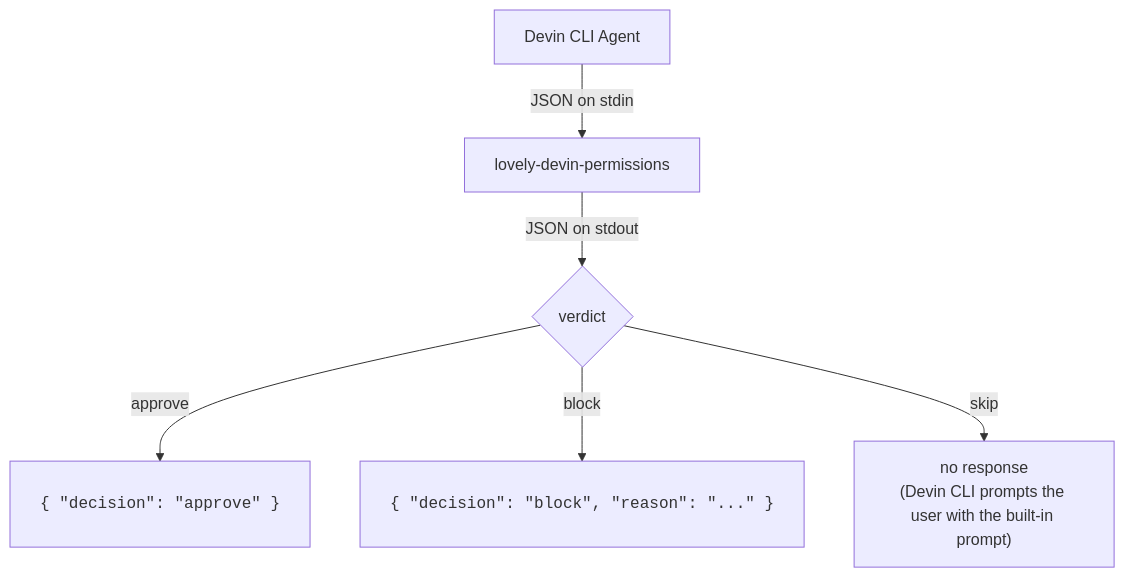
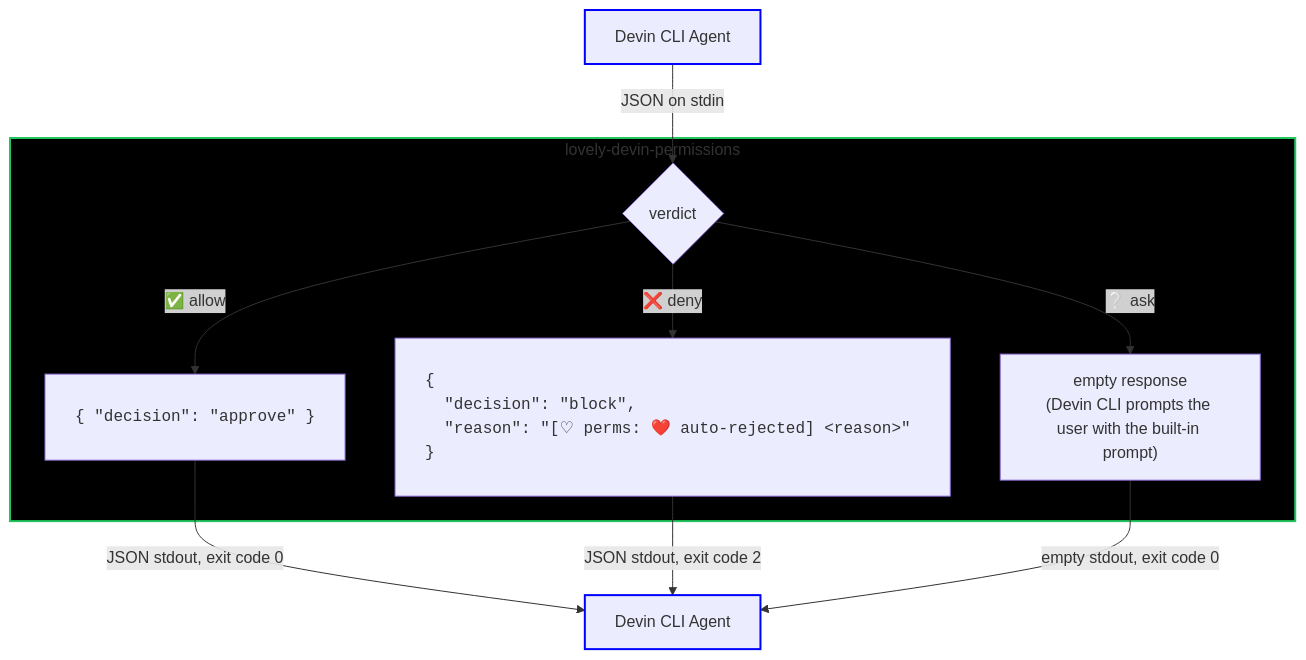
Before and after one commit to justfortheloveof/lovely-bash-permissions: the second of 2 diagrams in README.lovely-devin-permissions.md, drawn with Mermaid. The commit also changed other lines of this file, not shown here.

````diff
--- a/README.lovely-devin-permissions.md
+++ b/README.lovely-devin-permissions.md
@@ -194,8 +209,23 @@
 ```mermaid
+---
+config:
+  flowchart:
+    subGraphTitlePosition: top-left
+---
 flowchart TD
-    A[Devin CLI Agent] -->|"JSON on stdin"| B[lovely-devin-permissions]
-    B -->|"JSON on stdout"| C{verdict}
-    C -->|"approve"| D["<pre style=text-align:left>{ &quot;decision&quot;: &quot;approve&quot; }</pre>"]
-    C -->|"block"| E["<pre style=text-align:left>{ &quot;decision&quot;: &quot;block&quot;, &quot;reason&quot;: &quot;...&quot; }</pre>"]
-    C -->|"skip"| F["no response<br/>(Devin CLI prompts the user with the built-in prompt)"]
+    A[Devin CLI Agent] -->|"JSON on stdin"| C{verdict}
+
+    subgraph lovely[lovely-devin-permissions]
+        C -->|"✅ allow"| D["<pre style=text-align:left>{ &quot;decision&quot;: &quot;approve&quot; }</pre>"]
+        C -->|"❌ deny"| E["<pre style=text-align:left>{<br/>  &quot;decision&quot;: &quot;block&quot;,<br/>  &quot;reason&quot;: &quot;[♡ perms: ❤️ auto-rejected] &lt;reason&gt;&quot; <br/>}</pre>"]
+        C -->|"❔ ask"| F["empty response<br/>(Devin CLI prompts the user with the built-in prompt)"]
+    end
+
+    D -->|"JSON stdout, exit code 0"| R[Devin CLI Agent]
+    E -->|"JSON stdout, exit code 2"| R
+    F -->|"empty stdout, exit code 0"| R
+
+    style lovely fill:#000000,stroke:#22c55e,stroke-width:2px
+    style A stroke:#0000ff,stroke-width:2px
+    style R stroke:#0000ff,stroke-width:2px
 ```
````
